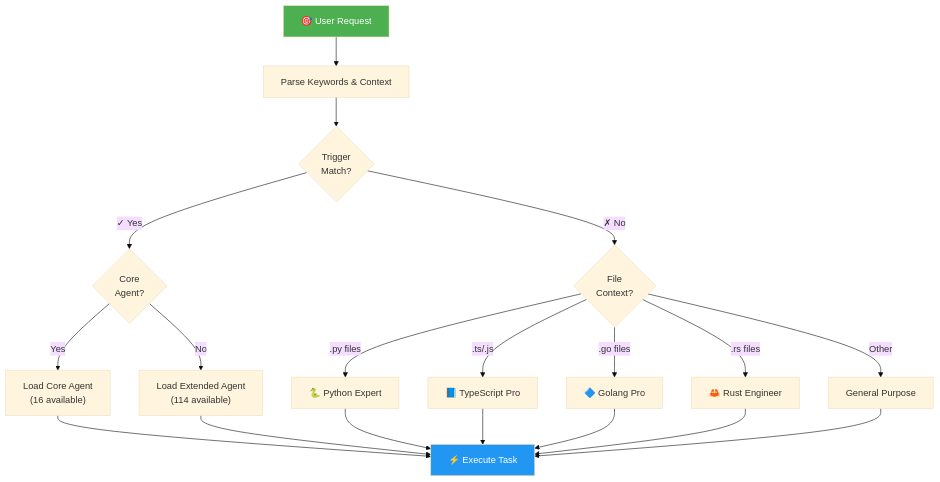
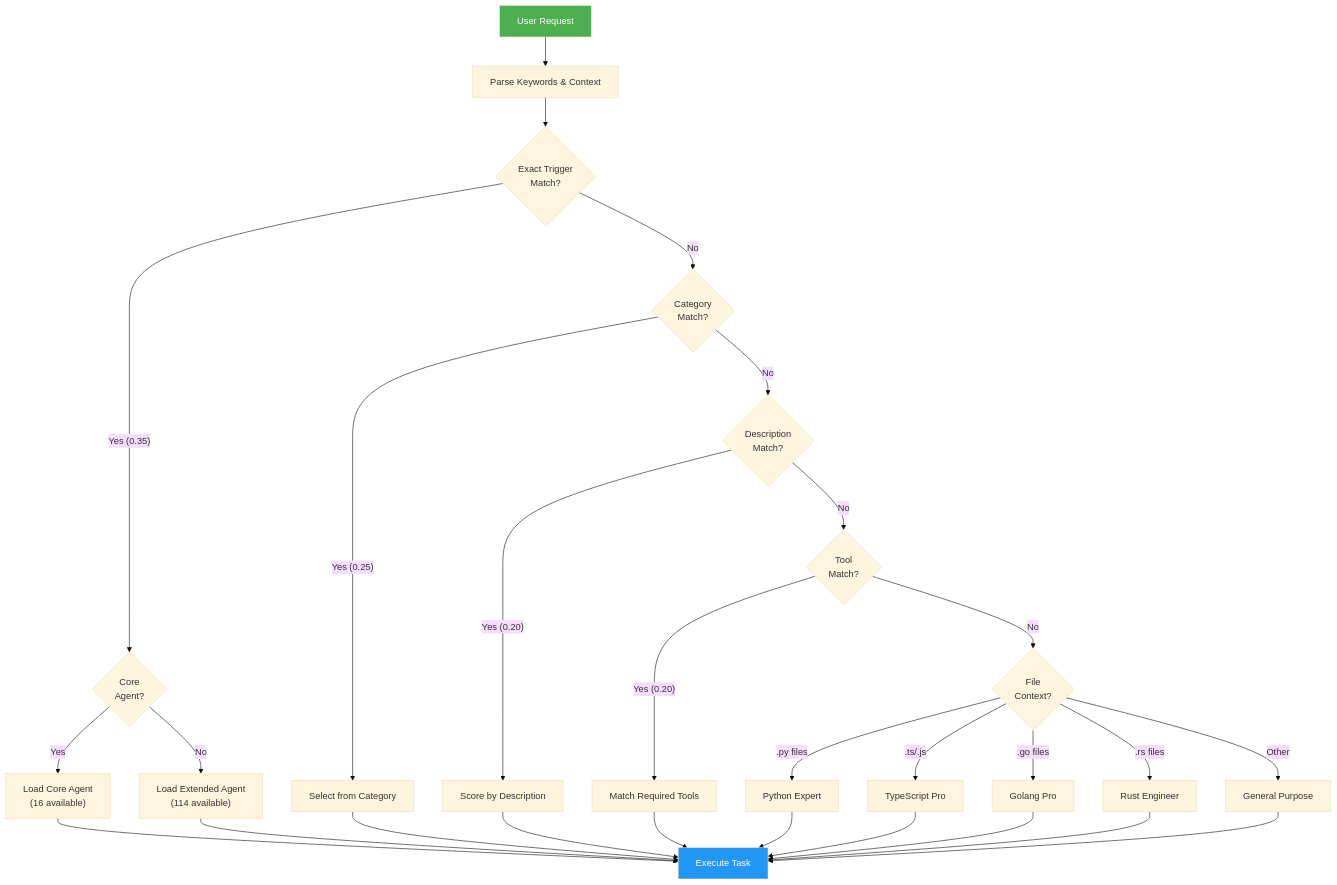
One commit to Tony363/SuperClaude changed the third of 9 diagrams in README.md. Above: the diagram before and after it, drawn with Mermaid (base theme). The commit also changed other lines of this file, not shown here.

First line of the commit message:
docs: comprehensive README.md rewrite with updated mermaid diagrams

````diff
--- a/README.md
+++ b/README.md
@@ -284,28 +408,40 @@
 ```mermaid
 flowchart TD
-    START["🎯 User Request"] --> PARSE["Parse Keywords & Context"]
+    START["User Request"] --> PARSE["Parse Keywords & Context"]
 
-    PARSE --> TRIGGER{"Trigger<br/>Match?"}
-    TRIGGER -->|"✓ Yes"| CORE{"Core<br/>Agent?"}
-    TRIGGER -->|"✗ No"| FILE{"File<br/>Context?"}
+    PARSE --> TRIGGER{"Exact Trigger<br/>Match?"}
+    TRIGGER -->|"Yes (0.35)"| CORE{"Core<br/>Agent?"}
+    TRIGGER -->|"No"| CATEGORY{"Category<br/>Match?"}
 
     CORE -->|"Yes"| USE_CORE["Load Core Agent<br/>(16 available)"]
     CORE -->|"No"| USE_EXT["Load Extended Agent<br/>(114 available)"]
 
-    FILE -->|".py files"| PYTHON["🐍 Python Expert"]
-    FILE -->|".ts/.js"| TS["📘 TypeScript Pro"]
-    FILE -->|".go files"| GO["🔷 Golang Pro"]
-    FILE -->|".rs files"| RUST["🦀 Rust Engineer"]
+    CATEGORY -->|"Yes (0.25)"| CAT_SELECT["Select from Category"]
+    CATEGORY -->|"No"| DESC{"Description<br/>Match?"}
+
+    DESC -->|"Yes (0.20)"| DESC_SELECT["Score by Description"]
+    DESC -->|"No"| TOOL{"Tool<br/>Match?"}
+
+    TOOL -->|"Yes (0.20)"| TOOL_SELECT["Match Required Tools"]
+    TOOL -->|"No"| FILE{"File<br/>Context?"}
+
+    FILE -->|".py files"| PYTHON["Python Expert"]
+    FILE -->|".ts/.js"| TS["TypeScript Pro"]
+    FILE -->|".go files"| GO["Golang Pro"]
+    FILE -->|".rs files"| RUST["Rust Engineer"]
     FILE -->|"Other"| GENERAL["General Purpose"]
 
-    USE_CORE --> EXEC["⚡ Execute Task"]
+    USE_CORE --> EXEC["Execute Task"]
     USE_EXT --> EXEC
+    CAT_SELECT --> EXEC
+    DESC_SELECT --> EXEC
+    TOOL_SELECT --> EXEC
     PYTHON --> EXEC
     TS --> EXEC
     GO --> EXEC
     RUST --> EXEC
     GENERAL --> EXEC
 
     style START fill:#4caf50,color:#fff
     style EXEC fill:#2196f3,color:#fff
 ```
````
